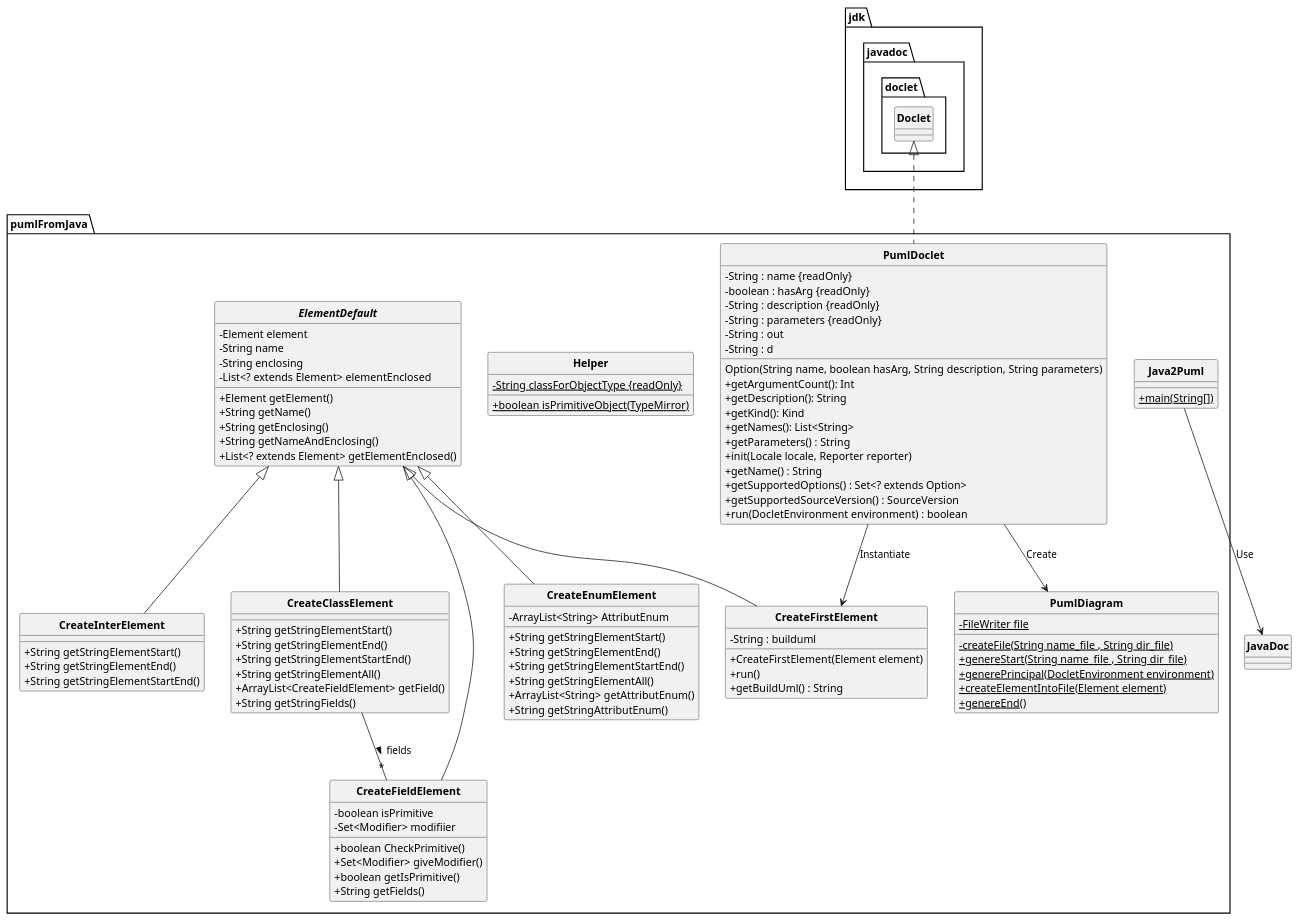
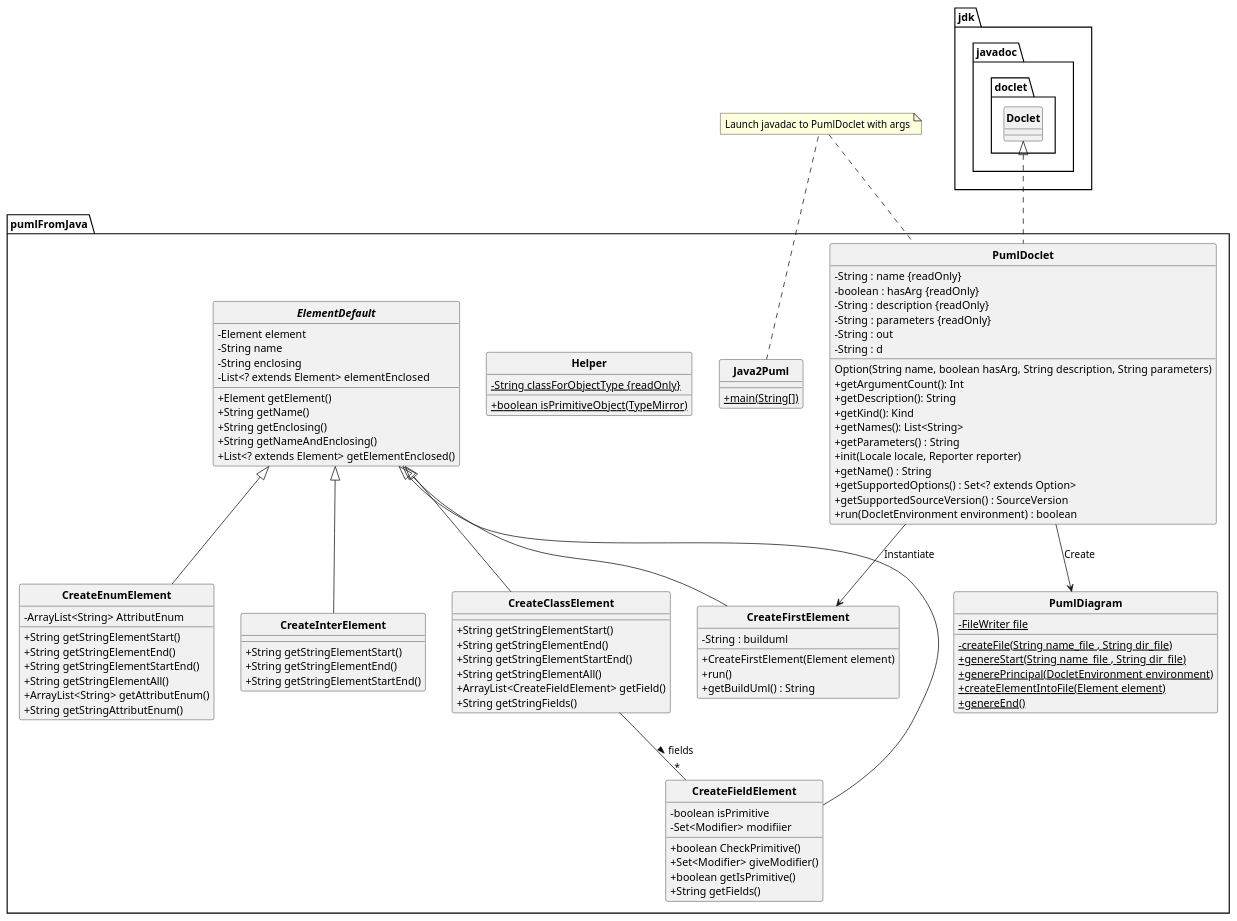
One commit to Tommot67/PumlFromJava changed the diagram in uml/DCCpumlFromJava.puml. Above: the diagram before and after it, drawn with PlantUML.

Commit message:
trott_DCCpumFromJava_update

```diff
--- a/uml/DCCpumlFromJava.puml
+++ b/uml/DCCpumlFromJava.puml
@@ -1,133 +1,137 @@
 @startuml
 'https://plantuml.com/class-diagram
 skinparam classAttributeIconSize 0
 skinparam classFontStyle Bold
 skinparam style strictuml
 package "pumlFromJava"
 {
     class PumlDoclet
     {
         -String : name {readOnly}
         -boolean : hasArg {readOnly}
         -String : description {readOnly}
         -String : parameters {readOnly}
         -String : out
         -String : d
 
 
         Option(String name, boolean hasArg, String description, String parameters)
         +getArgumentCount(): Int
         +getDescription(): String
         +getKind(): Kind
         +getNames(): List<String>
         +getParameters() : String
         +init(Locale locale, Reporter reporter)
         +getName() : String
         +getSupportedOptions() : Set<? extends Option>
         +getSupportedSourceVersion() : SourceVersion
         +run(DocletEnvironment environment) : boolean
 
     }
     class Java2Puml
     {
         + {static} main(String[])
 
     }
     class PumlDiagram
     {
         -FileWriter file {static}
         -createFile(String name_file , String dir_file) {static}
         +genereStart(String name_file , String dir_file)  {static}
         +generePrincipal(DocletEnvironment environment) {static}
         +createElementIntoFile(Element element) {static}
         +genereEnd() {static}
     }
 
     class CreateFirstElement
     {
         -String : builduml
 
         +CreateFirstElement(Element element)
         +run()
         +getBuildUml() : String
     }
     PumlDoclet --> PumlDiagram : "Create"
     PumlDoclet --> CreateFirstElement : "Instantiate"
 
 
 
 }
 class pumlFromJava.Helper {
 - {static} String classForObjectType {readOnly}
 + {static} boolean isPrimitiveObject(TypeMirror) {static}
 }
 
 class pumlFromJava.CreateInterElement {
 + String getStringElementStart()
 + String getStringElementEnd()
 + String getStringElementStartEnd()
 }
 
 class pumlFromJava.CreateClassElement {
 + String getStringElementStart()
 + String getStringElementEnd()
 + String getStringElementStartEnd()
 + String getStringElementAll()
 + ArrayList<CreateFieldElement> getField()
 + String getStringFields()
 }
 
 class pumlFromJava.CreateFieldElement {
 - boolean isPrimitive
 - Set<Modifier> modifiier
 + boolean CheckPrimitive()
 + Set<Modifier> giveModifier()
 + boolean getIsPrimitive()
 + String getFields()
 }
 
 
 abstract class pumlFromJava.ElementDefault {
 - Element element
 - String name
 - String enclosing
 - List<? extends Element> elementEnclosed
 + Element getElement()
 + String getName()
 + String getEnclosing()
 + String getNameAndEnclosing()
 + List<? extends Element> getElementEnclosed()
 }
 
 class pumlFromJava.CreateEnumElement {
 - ArrayList<String> AttributEnum
 + String getStringElementStart()
 + String getStringElementEnd()
 + String getStringElementStartEnd()
 + String getStringElementAll()
 + ArrayList<String> getAttributEnum()
 + String getStringAttributEnum()
 }
 
 jdk.javadoc.doclet.Doclet <|.. pumlFromJava.PumlDoclet
 pumlFromJava.ElementDefault <|-- pumlFromJava.CreateInterElement
 pumlFromJava.ElementDefault <|-- pumlFromJava.CreateClassElement
 pumlFromJava.ElementDefault <|-- pumlFromJava.CreateFieldElement
 pumlFromJava.ElementDefault <|-- pumlFromJava.CreateEnumElement
 pumlFromJava.ElementDefault <|-- pumlFromJava.CreateFirstElement
 
 CreateClassElement -- "*" CreateFieldElement : > fields
 
+'Java2Puml --> JavaDoc : "Use"'
 
-Java2Puml --> JavaDoc : "Use"
+note "Launch javadac to PumlDoclet with args" as N2
+Java2Puml .. N2
+N2 .. PumlDoclet
+
 /'interface Doclet {
     + init(locale : Locale, reporter : Reporter)
     + getName() : String
     + SourceVersion getSupportedSourceVersion()
     + run(environment : DocletEnvironment) : Boolean
 }'/
 
 
 
 
 @enduml
```
